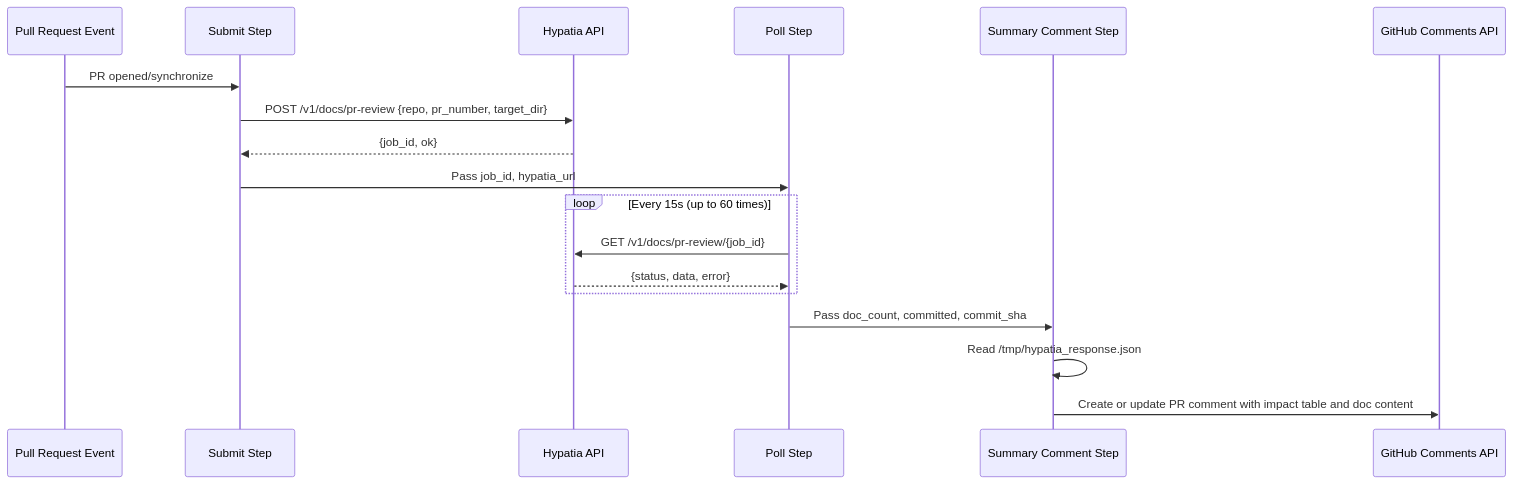
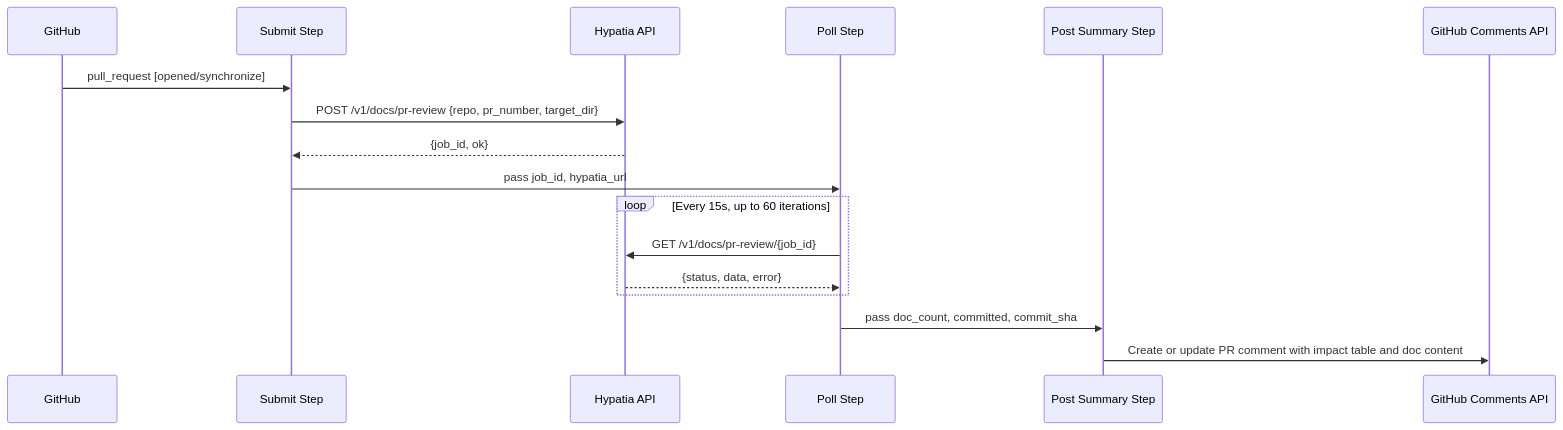
The second of 4 diagrams in docs/.github-workflows.md (cornelisnetworks/opa-psm2-tests), drawn with Mermaid before and after one commit. The commit also changed other lines of this file and 2 other files, not shown here.

````diff
--- a/docs/.github-workflows.md
+++ b/docs/.github-workflows.md
@@ -43,21 +38,20 @@
 ```mermaid
 sequenceDiagram
-    participant PR as Pull Request Event
+    participant GH as GitHub
     participant Submit as Submit Step
-    participant API as Hypatia API
+    participant Hypatia as Hypatia API
     participant Poll as Poll Step
-    participant Summary as Summary Comment Step
-    participant GH as GitHub Comments API
+    participant Post as Post Summary Step
+    participant Comments as GitHub Comments API
 
-    PR->>Submit: PR opened/synchronize
-    Submit->>API: POST /v1/docs/pr-review {repo, pr_number, target_dir}
-    API-->>Submit: {job_id, ok}
-    Submit->>Poll: Pass job_id, hypatia_url
-    loop Every 15s (up to 60 times)
-        Poll->>API: GET /v1/docs/pr-review/{job_id}
-        API-->>Poll: {status, data, error}
+    GH->>Submit: pull_request [opened/synchronize]
+    Submit->>Hypatia: POST /v1/docs/pr-review {repo, pr_number, target_dir}
+    Hypatia-->>Submit: {job_id, ok}
+    Submit->>Poll: pass job_id, hypatia_url
+    loop Every 15s, up to 60 iterations
+        Poll->>Hypatia: GET /v1/docs/pr-review/{job_id}
+        Hypatia-->>Poll: {status, data, error}
     end
-    Poll->>Summary: Pass doc_count, committed, commit_sha
-    Summary->>Summary: Read /tmp/hypatia_response.json
-    Summary->>GH: Create or update PR comment with impact table and doc content
+    Poll->>Post: pass doc_count, committed, commit_sha
+    Post->>Comments: Create or update PR comment with impact table and doc content
 ```
````
